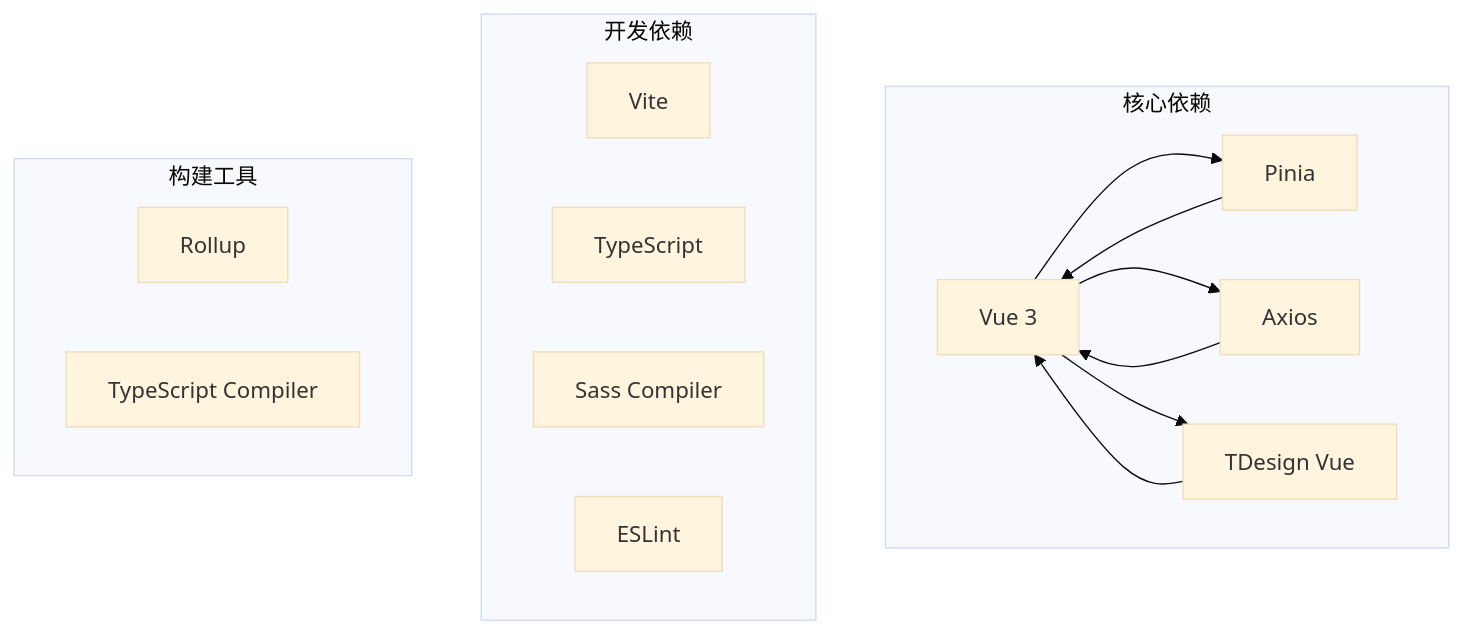
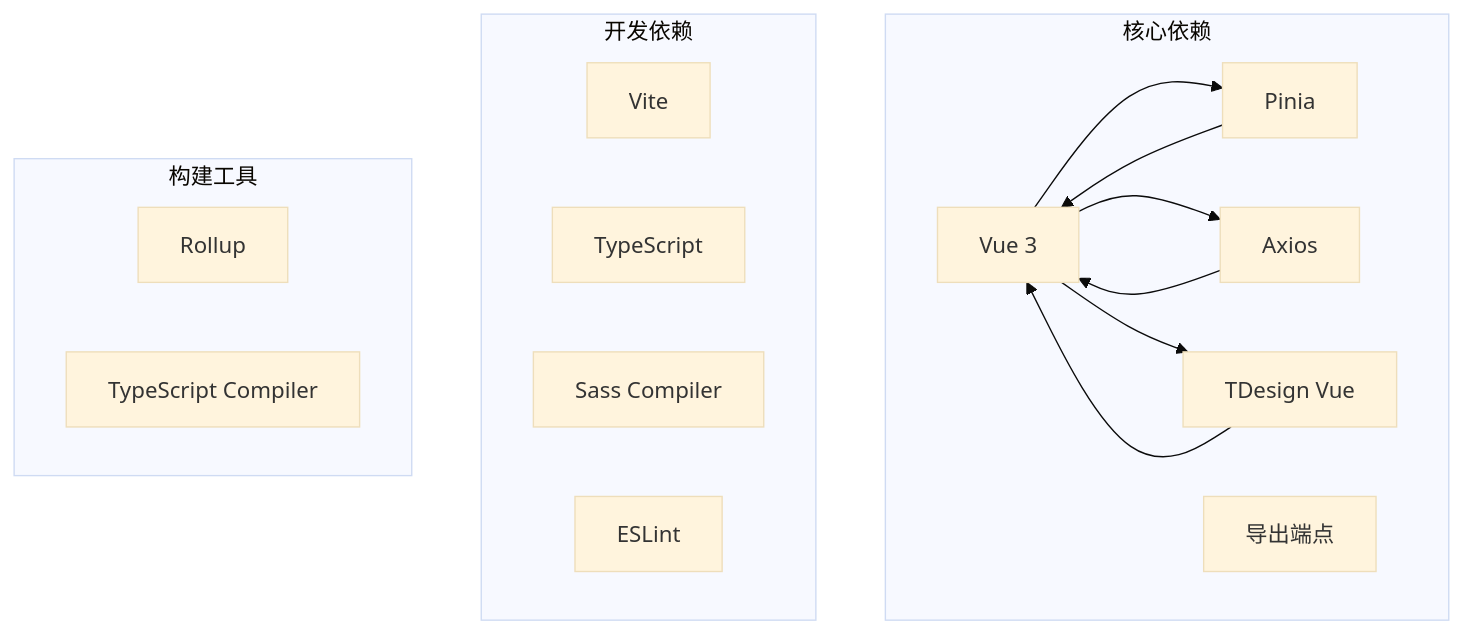
Diagram 14 of 15 in .qoder/repowiki/zh/content/核心功能模块/导出管理系统.md (xpretycn/TingStudio), drawn with Mermaid (base theme) before and after one commit. The commit also changed other lines of this file and 56 other files, not shown here.

````diff
--- a/.qoder/repowiki/zh/content/核心功能模块/导出管理系统.md
+++ b/.qoder/repowiki/zh/content/核心功能模块/导出管理系统.md
@@ -465,26 +688,29 @@
 ```mermaid
 graph TB
 subgraph "核心依赖"
 VUE[Vue 3]
 PINIA[Pinia]
 AXIOS[Axios]
 TDVUE[TDesign Vue]
+ENDPOINT[导出端点]
 end
 subgraph "开发依赖"
 VITE[Vite]
 TYPESCRIPT[TypeScript]
 SASS[Sass]
 ESLINT[ESLint]
+ENDPOINT[导出端点]
 end
 subgraph "构建工具"
 ROLLUP[Rollup]
 TSC[TypeScript Compiler]
 SASS[Sass Compiler]
+ENDPOINT[导出端点]
 end
 VUE --> PINIA
 VUE --> AXIOS
 VUE --> TDVUE
 PINIA --> VUE
 AXIOS --> VUE
 TDVUE --> VUE
 ```
````
